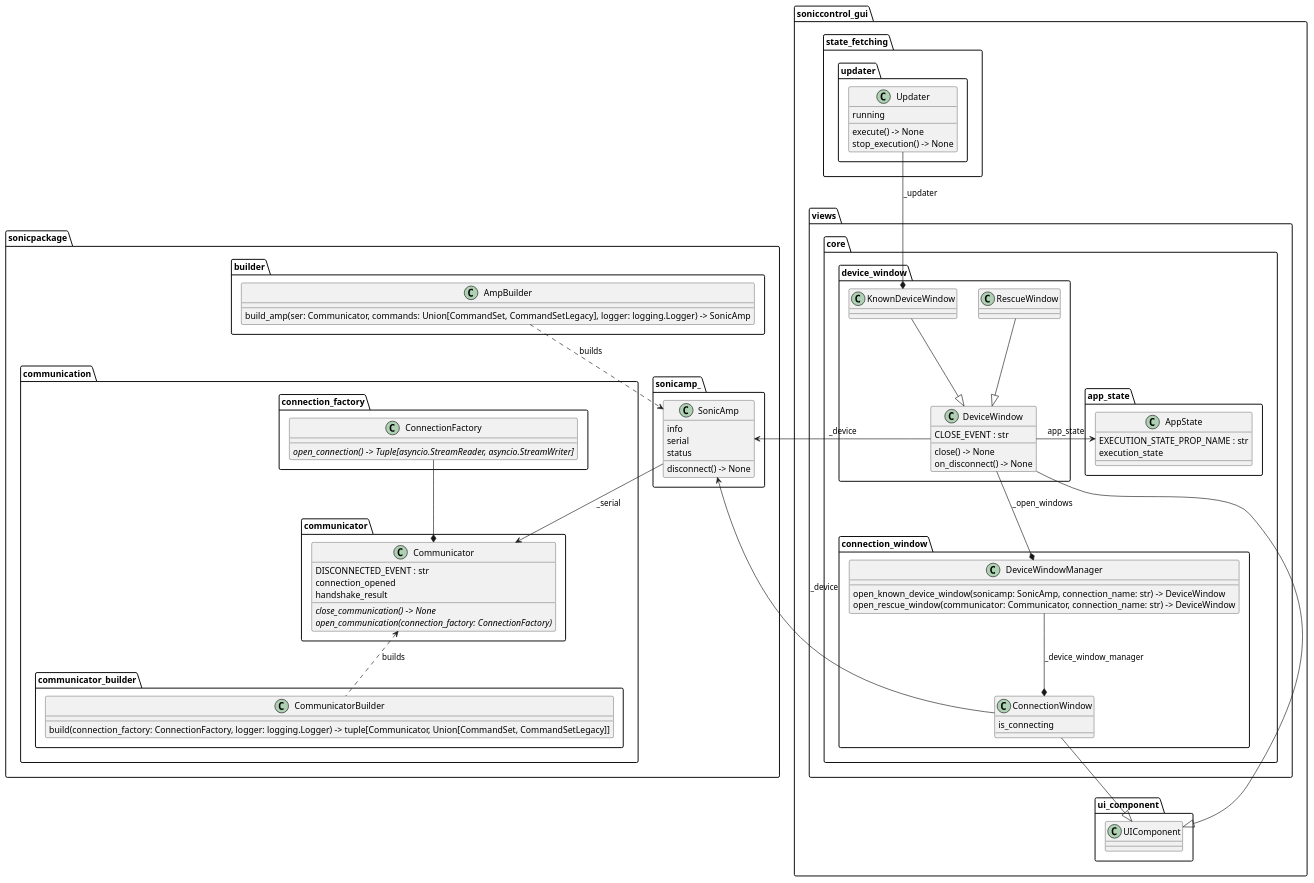
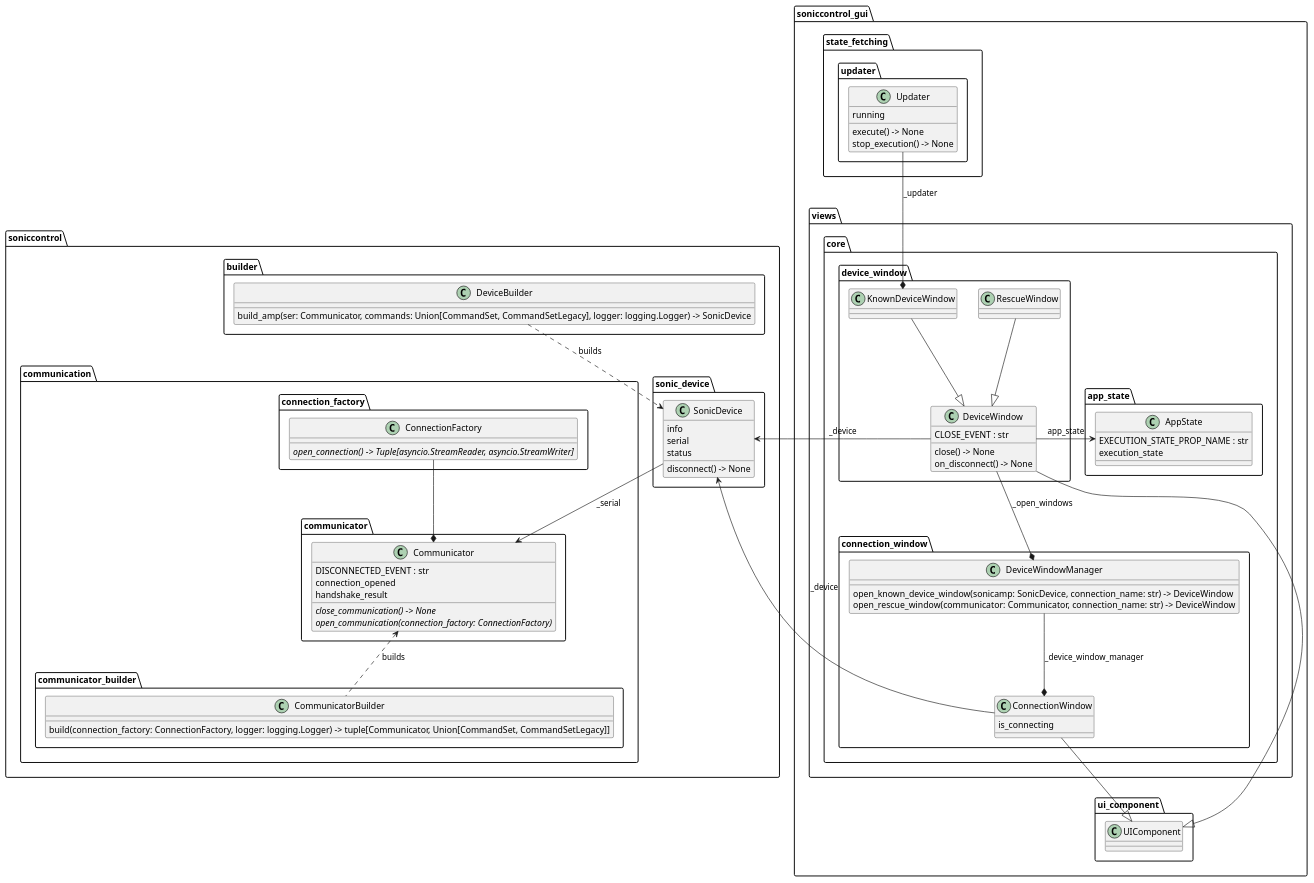
Before and after one commit to usepat/soniccontrol: the diagram in docs/diagrams/sonic_control_gui/connection.puml, drawn with PlantUML. The commit also changed 168 other files, not shown here.

Commit message:
Changed names from sonicpackage to soniccontrol and from sonicamp to sonic_device.

```diff
--- a/docs/diagrams/sonic_control_gui/connection.puml
+++ b/docs/diagrams/sonic_control_gui/connection.puml
@@ -1,80 +1,80 @@
 @startuml Establishing a Connection
 
 set separator . 
 skinparam classSeparator "."
 skinparam packageSeparator "."
 top to bottom direction
 
-class "ConnectionFactory" as sonicpackage.communication.connection_factory.ConnectionFactory {
+class "ConnectionFactory" as soniccontrol.communication.connection_factory.ConnectionFactory {
   {abstract}open_connection() -> Tuple[asyncio.StreamReader, asyncio.StreamWriter]
 }
 
-class "Communicator" as sonicpackage.communication.communicator.Communicator {
+class "Communicator" as soniccontrol.communication.communicator.Communicator {
   DISCONNECTED_EVENT : str
   connection_opened
   handshake_result
   {abstract}close_communication() -> None
   {abstract}open_communication(connection_factory: ConnectionFactory)
 }
 
-class "CommunicatorBuilder" as sonicpackage.communication.communicator_builder.CommunicatorBuilder {
+class "CommunicatorBuilder" as soniccontrol.communication.communicator_builder.CommunicatorBuilder {
   build(connection_factory: ConnectionFactory, logger: logging.Logger) -> tuple[Communicator, Union[CommandSet, CommandSetLegacy]]
 }
 
-class "AmpBuilder" as sonicpackage.builder.AmpBuilder {
-  build_amp(ser: Communicator, commands: Union[CommandSet, CommandSetLegacy], logger: logging.Logger) -> SonicAmp
+class "DeviceBuilder" as soniccontrol.builder.DeviceBuilder {
+  build_amp(ser: Communicator, commands: Union[CommandSet, CommandSetLegacy], logger: logging.Logger) -> SonicDevice
 }
 
-class "SonicAmp" as sonicpackage.sonicamp_.SonicAmp {
+class "SonicDevice" as soniccontrol.sonic_device.SonicDevice {
   info
   serial
   status
   disconnect() -> None
 }
 
 class "Updater" as soniccontrol_gui.state_fetching.updater.Updater {
   running
   execute() -> None
   stop_execution() -> None
 }
 
 class "AppState" as soniccontrol_gui.views.core.app_state.AppState {
   EXECUTION_STATE_PROP_NAME : str
   execution_state
 }
 class "RescueWindow" as soniccontrol_gui.views.core.device_window.RescueWindow {
 }
 class "KnownDeviceWindow" as soniccontrol_gui.views.core.device_window.KnownDeviceWindow {
 }
 class "DeviceWindow" as soniccontrol_gui.views.core.device_window.DeviceWindow {
   CLOSE_EVENT : str
   close() -> None
   on_disconnect() -> None
 }
 class "DeviceWindowManager" as soniccontrol_gui.views.core.connection_window.DeviceWindowManager {
-  open_known_device_window(sonicamp: SonicAmp, connection_name: str) -> DeviceWindow
+  open_known_device_window(sonicamp: SonicDevice, connection_name: str) -> DeviceWindow
   open_rescue_window(communicator: Communicator, connection_name: str) -> DeviceWindow
 }
 class "ConnectionWindow" as soniccontrol_gui.views.core.connection_window.ConnectionWindow {
   is_connecting
 }
 
-sonicpackage.sonicamp_.SonicAmp --> sonicpackage.communication.communicator.Communicator : _serial
-sonicpackage.sonicamp_.SonicAmp <.u. sonicpackage.builder.AmpBuilder : builds
-sonicpackage.communication.communicator.Communicator *-u- sonicpackage.communication.connection_factory.ConnectionFactory
-sonicpackage.communication.communicator.Communicator <.. sonicpackage.communication.communicator_builder.CommunicatorBuilder : builds
+soniccontrol.sonic_device.SonicDevice --> soniccontrol.communication.communicator.Communicator : _serial
+soniccontrol.sonic_device.SonicDevice <.u. soniccontrol.builder.DeviceBuilder : builds
+soniccontrol.communication.communicator.Communicator *-u- soniccontrol.communication.connection_factory.ConnectionFactory
+soniccontrol.communication.communicator.Communicator <.. soniccontrol.communication.communicator_builder.CommunicatorBuilder : builds
 
 soniccontrol_gui.views.core.connection_window.ConnectionWindow --|> soniccontrol_gui.ui_component.UIComponent
 soniccontrol_gui.views.core.device_window.DeviceWindow --|> soniccontrol_gui.ui_component.UIComponent
 soniccontrol_gui.views.core.device_window.KnownDeviceWindow --|> soniccontrol_gui.views.core.device_window.DeviceWindow
 soniccontrol_gui.views.core.device_window.RescueWindow --|> soniccontrol_gui.views.core.device_window.DeviceWindow
 soniccontrol_gui.state_fetching.updater.Updater --* soniccontrol_gui.views.core.device_window.KnownDeviceWindow : _updater
 soniccontrol_gui.views.core.connection_window.DeviceWindowManager --* soniccontrol_gui.views.core.connection_window.ConnectionWindow : _device_window_manager
 soniccontrol_gui.views.core.device_window.DeviceWindow -l-> soniccontrol_gui.views.core.app_state.AppState : app_state
 
 soniccontrol_gui.views.core.device_window.DeviceWindow --* soniccontrol_gui.views.core.connection_window.DeviceWindowManager : _open_windows
 
-soniccontrol_gui.views.core.device_window.DeviceWindow -l-> sonicpackage.sonicamp_.SonicAmp : _device
-soniccontrol_gui.views.core.connection_window.ConnectionWindow -l-> sonicpackage.sonicamp_.SonicAmp : _device
+soniccontrol_gui.views.core.device_window.DeviceWindow -l-> soniccontrol.sonic_device.SonicDevice : _device
+soniccontrol_gui.views.core.connection_window.ConnectionWindow -l-> soniccontrol.sonic_device.SonicDevice : _device
 
 @enduml
```
